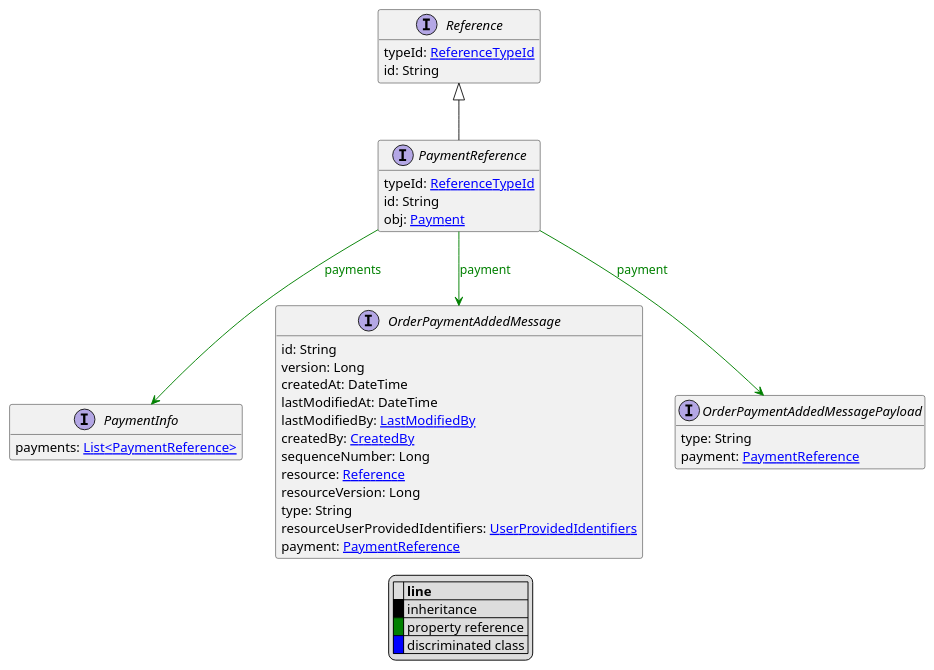
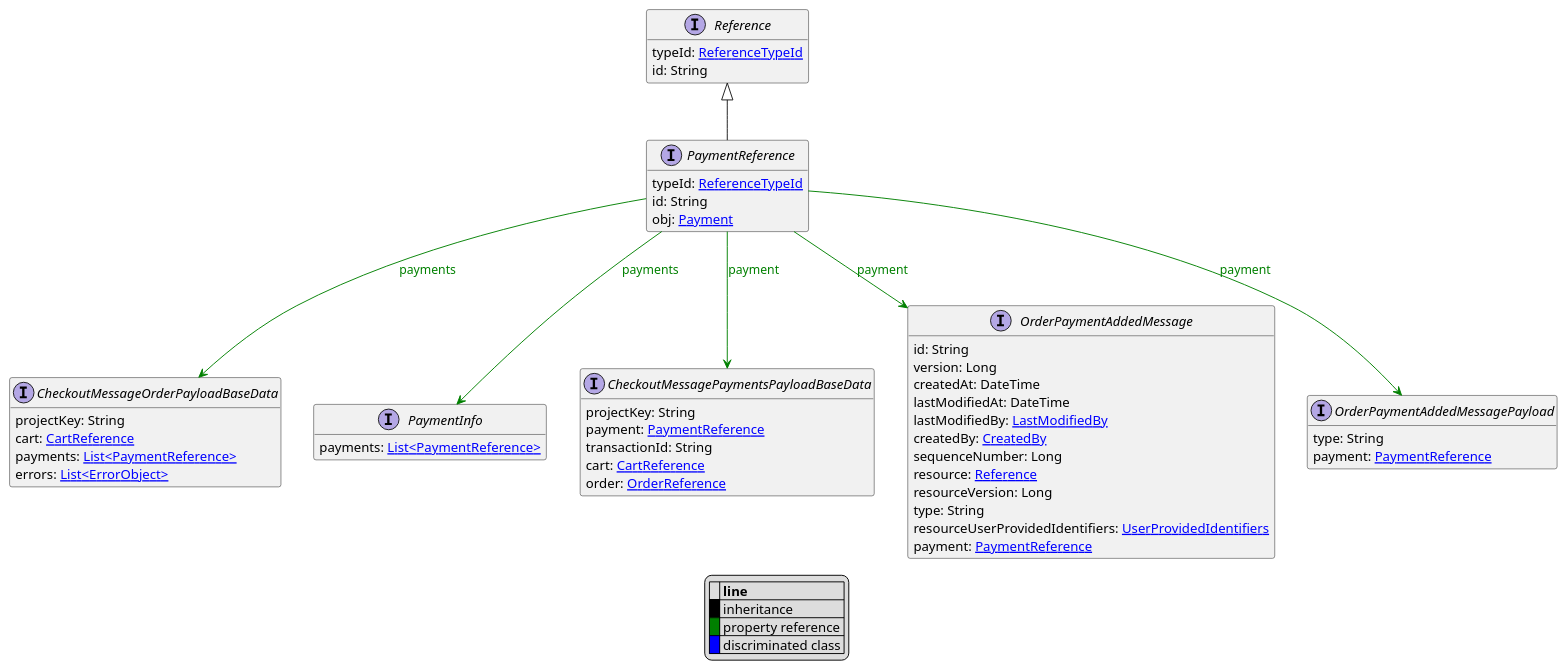
The diagram in uml/api/PaymentReference.puml (commercetools/commercetools-api-reference), drawn with PlantUML before and after one commit. The commit also changed 36 other files, not shown here.

```diff
--- a/uml/api/PaymentReference.puml
+++ b/uml/api/PaymentReference.puml
@@ -1,47 +1,62 @@
 @startuml
 
 hide empty fields
 hide empty methods
 legend
 |= |= line |
 |<back:black>   </back>| inheritance |
 |<back:green>   </back>| property reference |
 |<back:blue>   </back>| discriminated class |
 endlegend
 interface PaymentReference [[PaymentReference.svg]] extends Reference {
     typeId: [[ReferenceTypeId.svg ReferenceTypeId]]
     id: String
     obj: [[Payment.svg Payment]]
 }
 interface Reference [[Reference.svg]]  {
     typeId: [[ReferenceTypeId.svg ReferenceTypeId]]
     id: String
 }
 
 
+interface CheckoutMessageOrderPayloadBaseData [[CheckoutMessageOrderPayloadBaseData.svg]]  {
+    projectKey: String
+    cart: [[CartReference.svg CartReference]]
+    payments: [[PaymentReference.svg List<PaymentReference>]]
+    errors: [[ErrorObject.svg List<ErrorObject>]]
+}
 interface PaymentInfo [[PaymentInfo.svg]]  {
     payments: [[PaymentReference.svg List<PaymentReference>]]
+}
+interface CheckoutMessagePaymentsPayloadBaseData [[CheckoutMessagePaymentsPayloadBaseData.svg]]  {
+    projectKey: String
+    payment: [[PaymentReference.svg PaymentReference]]
+    transactionId: String
+    cart: [[CartReference.svg CartReference]]
+    order: [[OrderReference.svg OrderReference]]
 }
 interface OrderPaymentAddedMessage [[OrderPaymentAddedMessage.svg]]  {
     id: String
     version: Long
     createdAt: DateTime
     lastModifiedAt: DateTime
     lastModifiedBy: [[LastModifiedBy.svg LastModifiedBy]]
     createdBy: [[CreatedBy.svg CreatedBy]]
     sequenceNumber: Long
     resource: [[Reference.svg Reference]]
     resourceVersion: Long
     type: String
     resourceUserProvidedIdentifiers: [[UserProvidedIdentifiers.svg UserProvidedIdentifiers]]
     payment: [[PaymentReference.svg PaymentReference]]
 }
 interface OrderPaymentAddedMessagePayload [[OrderPaymentAddedMessagePayload.svg]]  {
     type: String
     payment: [[PaymentReference.svg PaymentReference]]
 }
 
+PaymentReference --> CheckoutMessageOrderPayloadBaseData #green;text:green : "payments"
 PaymentReference --> PaymentInfo #green;text:green : "payments"
+PaymentReference --> CheckoutMessagePaymentsPayloadBaseData #green;text:green : "payment"
 PaymentReference --> OrderPaymentAddedMessage #green;text:green : "payment"
 PaymentReference --> OrderPaymentAddedMessagePayload #green;text:green : "payment"
 @enduml
```
